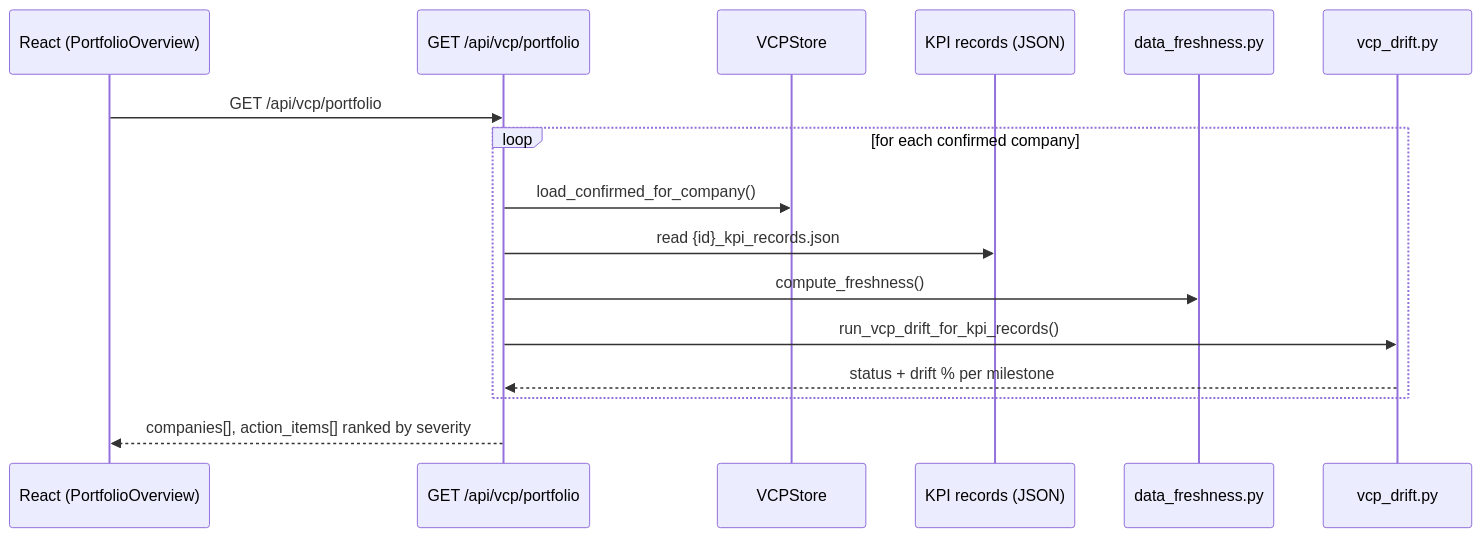
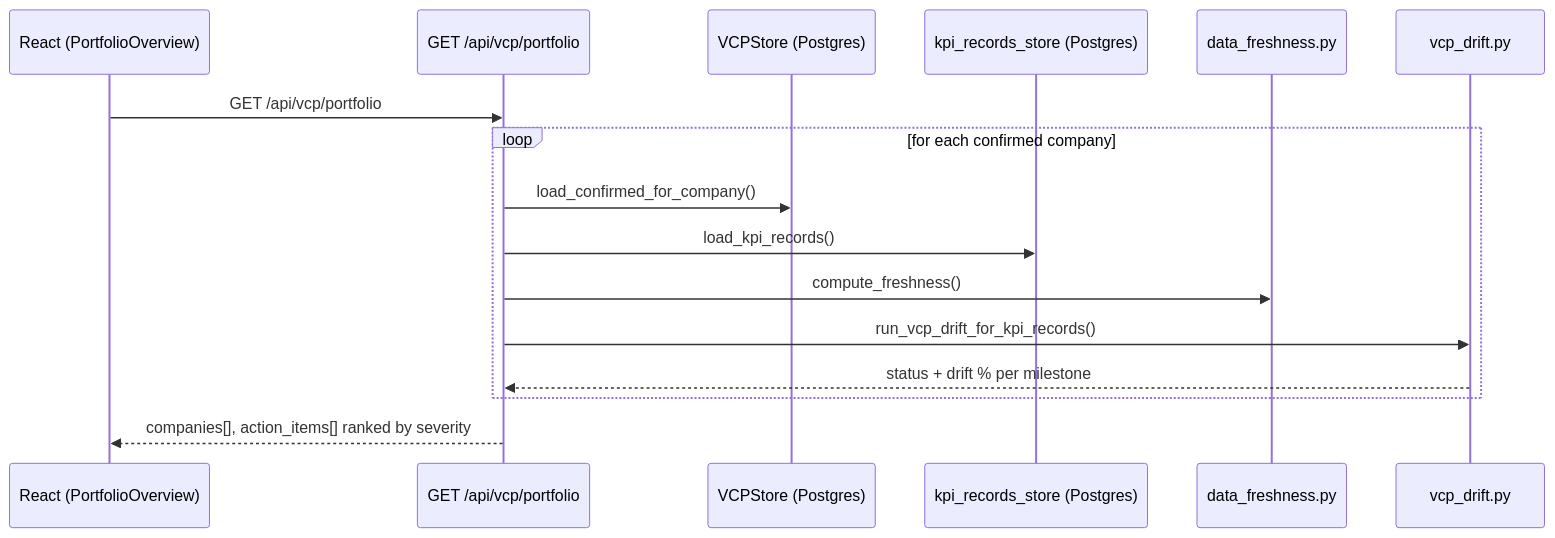
One commit to Hoarderr69/pe-vc-copilottt changed the fourth of 6 diagrams in Architecture.md. Above: the diagram before and after it, drawn with Mermaid. The commit also changed other lines of this file and 24 other files, not shown here.

````diff
--- a/Architecture.md
+++ b/Architecture.md
@@ -279,19 +296,19 @@
 ```mermaid
 sequenceDiagram
     participant FE as React (PortfolioOverview)
     participant API as GET /api/vcp/portfolio
-    participant VS as VCPStore
-    participant FS as KPI records (JSON)
+    participant VS as VCPStore (Postgres)
+    participant KS as kpi_records_store (Postgres)
     participant FR as data_freshness.py
     participant DR as vcp_drift.py
 
     FE->>API: GET /api/vcp/portfolio
     loop for each confirmed company
         API->>VS: load_confirmed_for_company()
-        API->>FS: read {id}_kpi_records.json
+        API->>KS: load_kpi_records()
         API->>FR: compute_freshness()
         API->>DR: run_vcp_drift_for_kpi_records()
         DR-->>API: status + drift % per milestone
     end
     API-->>FE: companies[], action_items[] ranked by severity
 ```
````
